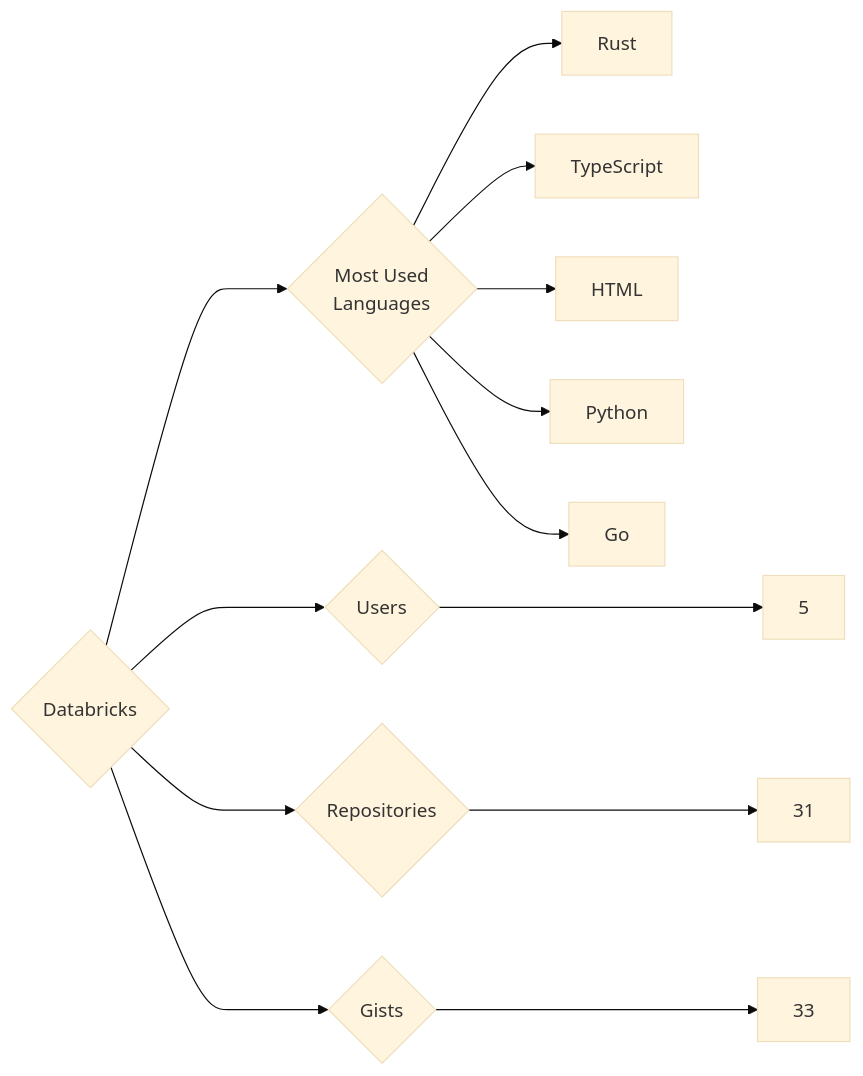
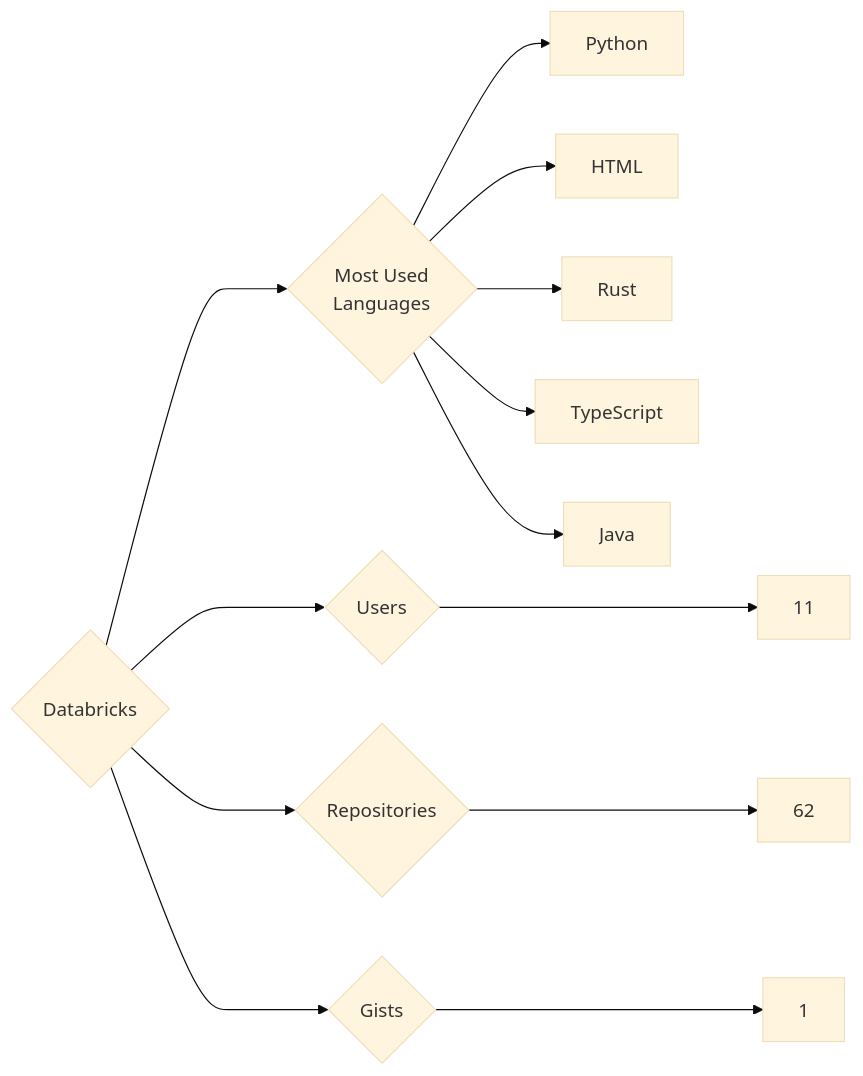
The diagram in targets/Databricks/README.md (trickest/insiders), drawn with Mermaid (base theme) before and after one commit. The commit also changed 1055 other files, not shown here.

````diff
--- a/targets/Databricks/README.md
+++ b/targets/Databricks/README.md
@@ -3,13 +3,13 @@
 ```mermaid
 graph LR
 COMPANY_NAME{Databricks}
-COMPANY_NAME ---> U{Users} ---> UN[5]
-COMPANY_NAME ---> R{Repositories} ---> RN[31]
-COMPANY_NAME ---> G{Gists} ---> GN[33]
+COMPANY_NAME ---> U{Users} ---> UN[11]
+COMPANY_NAME ---> R{Repositories} ---> RN[62]
+COMPANY_NAME ---> G{Gists} ---> GN[1]
 COMPANY_NAME ---> ML{Most Used<br>Languages}
+ML --> Python[Python]
+ML --> HTML[HTML]
 ML --> Rust[Rust]
 ML --> TypeScript[TypeScript]
-ML --> HTML[HTML]
-ML --> Python[Python]
-ML --> Go[Go]
+ML --> Java[Java]
 ```
````
